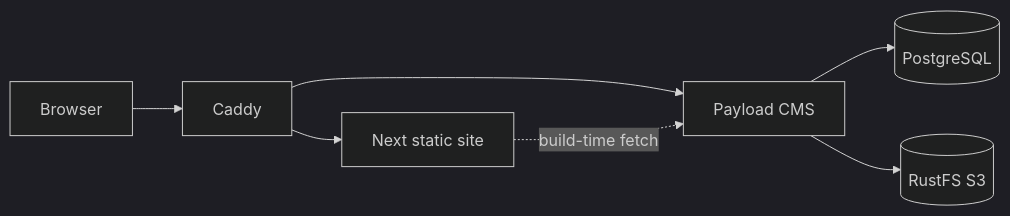
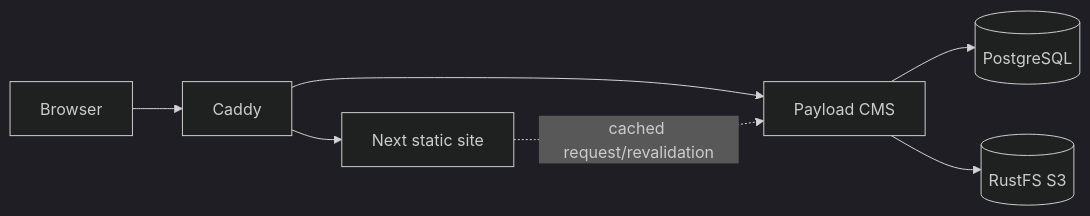
The diagram in docs/specs/architecture/system.md (jdc-projects/payload-multi-tenant-demo), drawn with Mermaid (dark theme) before and after one commit. The commit also changed other lines of this file and 33 other files, not shown here.

````diff
--- a/docs/specs/architecture/system.md
+++ b/docs/specs/architecture/system.md
@@ -22,9 +22,9 @@
 ```mermaid
 flowchart LR
   Browser --> Caddy
   Caddy --> Web[Next static site]
   Caddy --> CMS[Payload CMS]
   CMS --> Postgres[(PostgreSQL)]
   CMS --> Media[(RustFS S3)]
-  Web -. build-time fetch .-> CMS
+  Web -. cached request/revalidation .-> CMS
 ```
````
